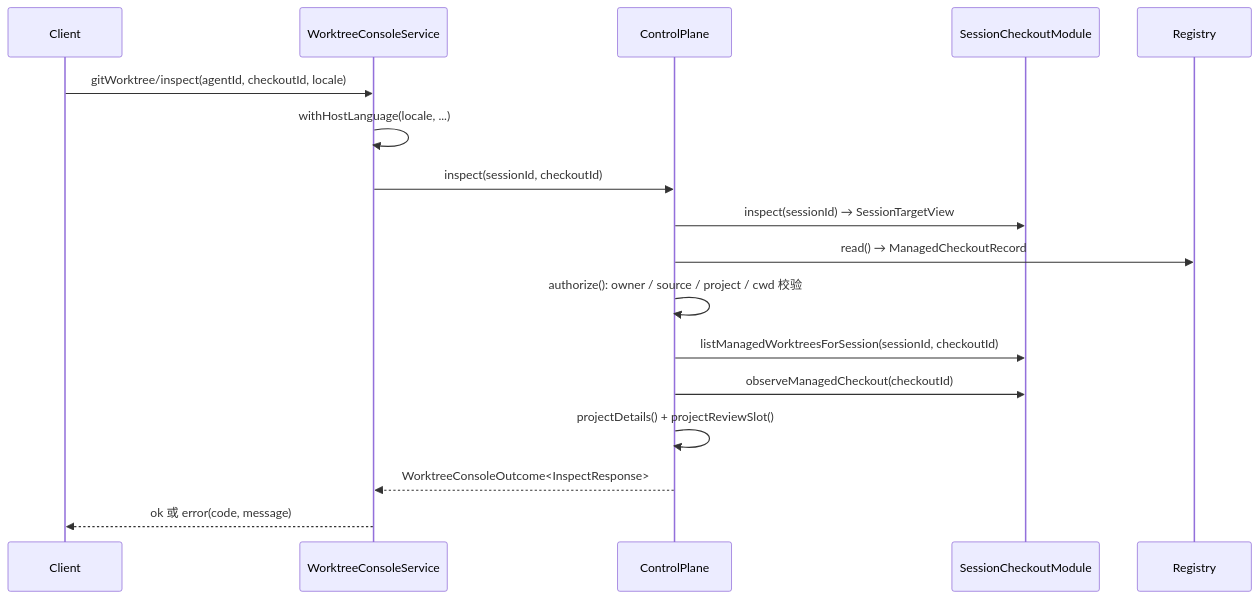
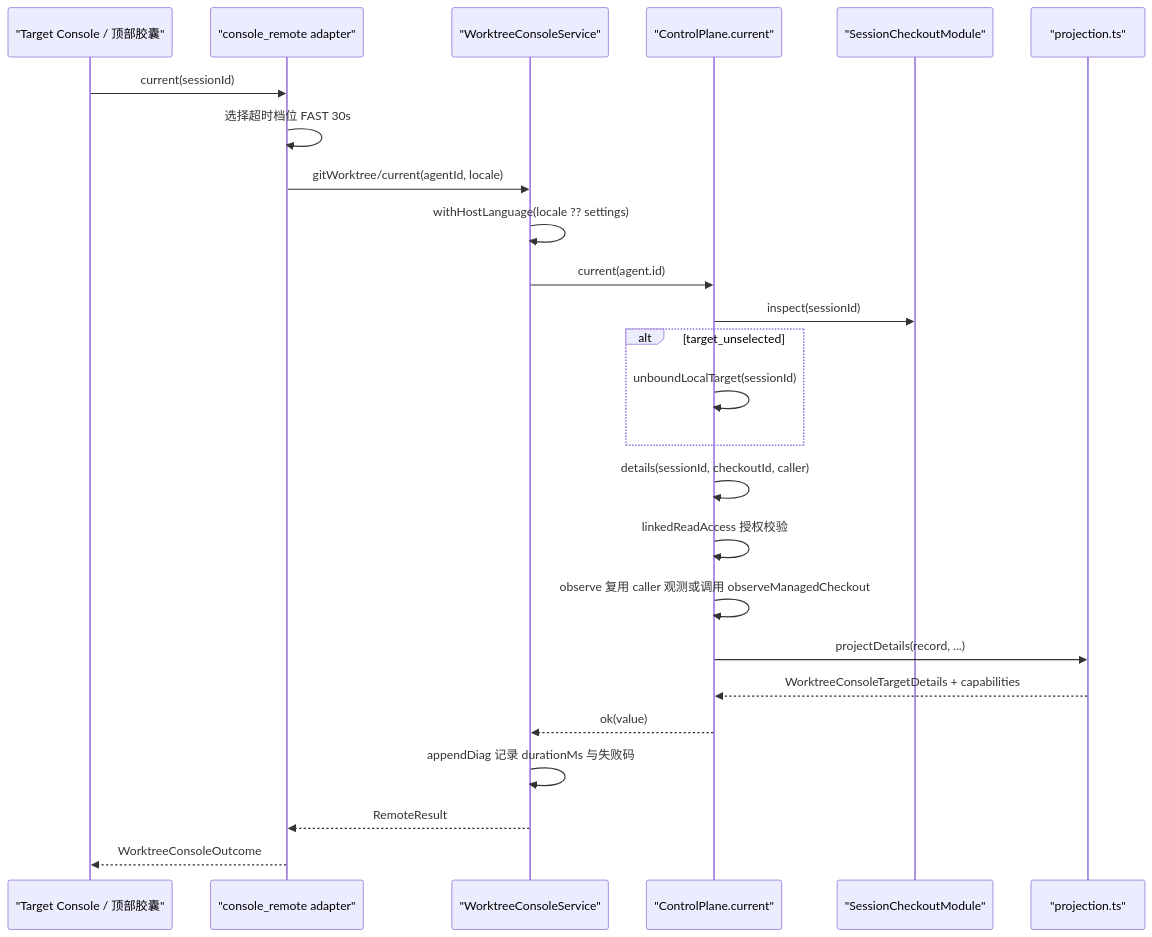
The second of 4 diagrams in .codewiki/modules/console-host.md (ikliml666/dsh-git-workspace), drawn with Mermaid before and after one commit. The commit also changed other lines of this file and 117 other files, not shown here.

````diff
--- a/.codewiki/modules/console-host.md
+++ b/.codewiki/modules/console-host.md
@@ -69,20 +116,28 @@
 ```mermaid
 sequenceDiagram
-  participant C as Client
-  participant S as WorktreeConsoleService
-  participant P as ControlPlane
-  participant M as SessionCheckoutModule
-  participant R as Registry
+  participant UI as "Target Console / 顶部胶囊"
+  participant A as "console_remote adapter"
+  participant S as "WorktreeConsoleService"
+  participant CP as "ControlPlane.current"
+  participant M as "SessionCheckoutModule"
+  participant P as "projection.ts"
 
-  C->>S: gitWorktree/inspect(agentId, checkoutId, locale)
-  S->>S: withHostLanguage(locale, ...)
-  S->>P: inspect(sessionId, checkoutId)
-  P->>M: inspect(sessionId) → SessionTargetView
-  P->>R: read() → ManagedCheckoutRecord
-  P->>P: authorize(): owner / source / project / cwd 校验
-  P->>M: listManagedWorktreesForSession(sessionId, checkoutId)
-  P->>M: observeManagedCheckout(checkoutId)
-  P->>P: projectDetails() + projectReviewSlot()
-  P-->>S: WorktreeConsoleOutcome<InspectResponse>
-  S-->>C: ok 或 error(code, message)
+  UI->>A: current(sessionId)
+  A->>A: 选择超时档位 FAST 30s
+  A->>S: gitWorktree/current(agentId, locale)
+  S->>S: withHostLanguage(locale ?? settings)
+  S->>CP: current(agent.id)
+  CP->>M: inspect(sessionId)
+  alt target_unselected
+    CP->>CP: unboundLocalTarget(sessionId)
+  end
+  CP->>CP: details(sessionId, checkoutId, caller)
+  CP->>CP: linkedReadAccess 授权校验
+  CP->>CP: observe 复用 caller 观测或调用 observeManagedCheckout
+  CP->>P: projectDetails(record, ...)
+  P-->>CP: WorktreeConsoleTargetDetails + capabilities
+  CP-->>S: ok(value)
+  S->>S: appendDiag 记录 durationMs 与失败码
+  S-->>A: RemoteResult
+  A-->>UI: WorktreeConsoleOutcome
 ```
````
